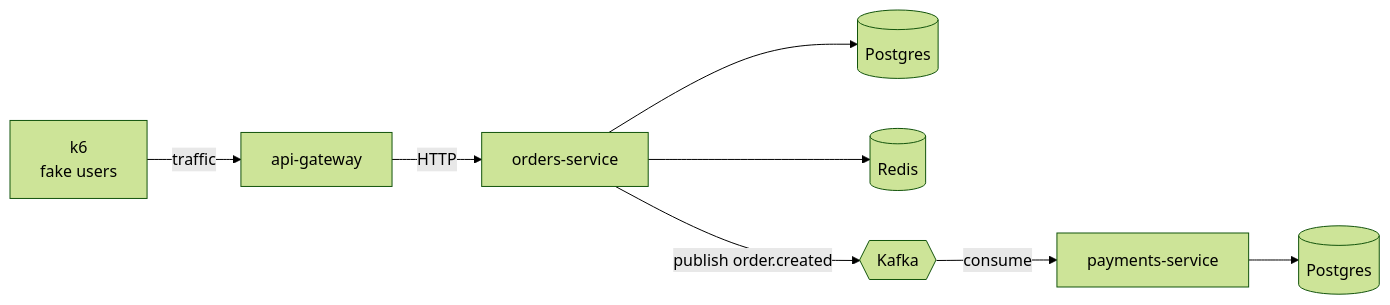
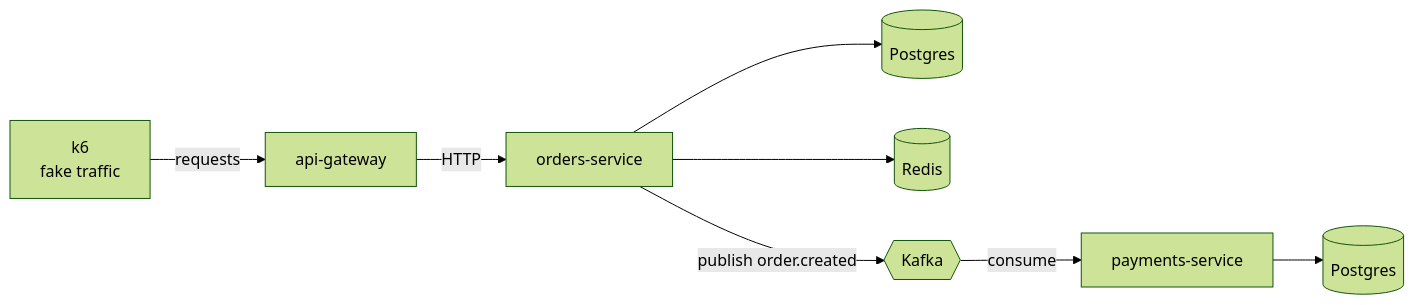
Before and after one commit to saragholizadeh/glassbox: the diagram in README.md, drawn with Mermaid (forest theme). The commit also changed other lines of this file and 3 other files, not shown here.

````diff
--- a/README.md
+++ b/README.md
@@ -17,10 +18,10 @@
 ```mermaid
 flowchart LR
-    k6[k6<br/>fake users] -->|traffic| GW[api-gateway]
+    k6[k6<br/>fake traffic] -->|requests| GW[api-gateway]
     GW -->|HTTP| OR[orders-service]
     OR --> PG[(Postgres)]
     OR --> RD[(Redis)]
     OR -->|publish order.created| KF{{Kafka}}
     KF -->|consume| PAY[payments-service]
     PAY --> PG2[(Postgres)]
 ```
````
